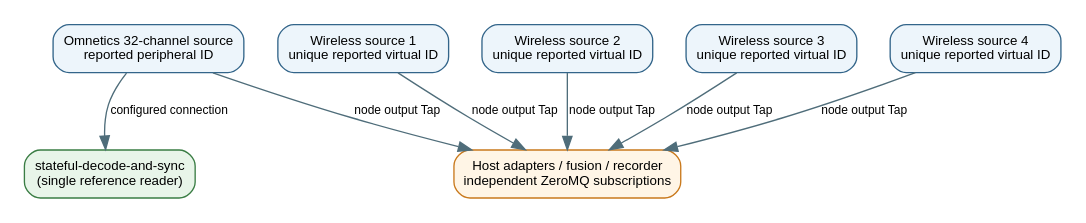
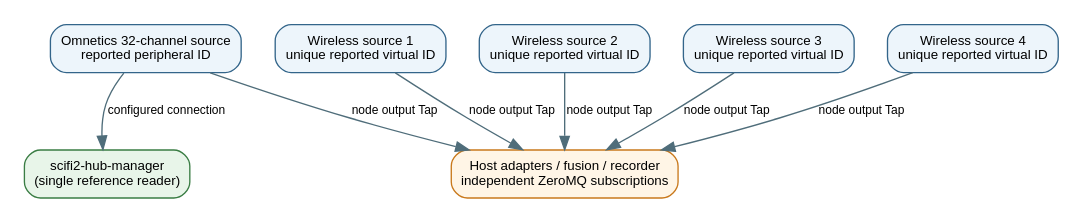
The diagram in docs/t19-multisource-streaming-prerequisites.dot (Neuro-Mechatronics-Interfaces/ScienceXYZ), drawn with Graphviz before and after one commit. The commit also changed 444 other files, not shown here.

Commit message:
Refactor app name to apps/scifi2-hub-manager

```diff
--- a/docs/t19-multisource-streaming-prerequisites.dot
+++ b/docs/t19-multisource-streaming-prerequisites.dot
@@ -1,23 +1,22 @@
 digraph T19MultiSourceStreamingPrerequisites {
   graph [rankdir=TB, bgcolor="white", pad="0.15", nodesep="0.35", ranksep="0.65"];
   node [shape=box, style="rounded,filled", fontname="Arial", fontsize=10,
         color="#33658a", fillcolor="#edf5fb", margin="0.12,0.08"];
   edge [fontname="Arial", fontsize=9, color="#4f6d7a"];
 
   omnetics [label="Omnetics 32-channel source\nreported peripheral ID"];
   wireless_1 [label="Wireless source 1\nunique reported virtual ID"];
   wireless_2 [label="Wireless source 2\nunique reported virtual ID"];
   wireless_3 [label="Wireless source 3\nunique reported virtual ID"];
   wireless_4 [label="Wireless source 4\nunique reported virtual ID"];
 
-  app [label="stateful-decode-and-sync\n(single reference reader)", fillcolor="#e8f5e9", color="#3a7d44"];
+  app [label="scifi2-hub-manager\n(single reference reader)", fillcolor="#e8f5e9", color="#3a7d44"];
   host [label="Host adapters / fusion / recorder\nindependent ZeroMQ subscriptions", fillcolor="#fff5e6", color="#c9791c"];
 
-  { rank=same; omnetics; wireless_1; wireless_2; wireless_3; wireless_4; }
   omnetics -> app [label="configured connection"];
   omnetics -> host [label="node output Tap"];
   wireless_1 -> host [label="node output Tap"];
   wireless_2 -> host [label="node output Tap"];
   wireless_3 -> host [label="node output Tap"];
   wireless_4 -> host [label="node output Tap"];
 }
```
